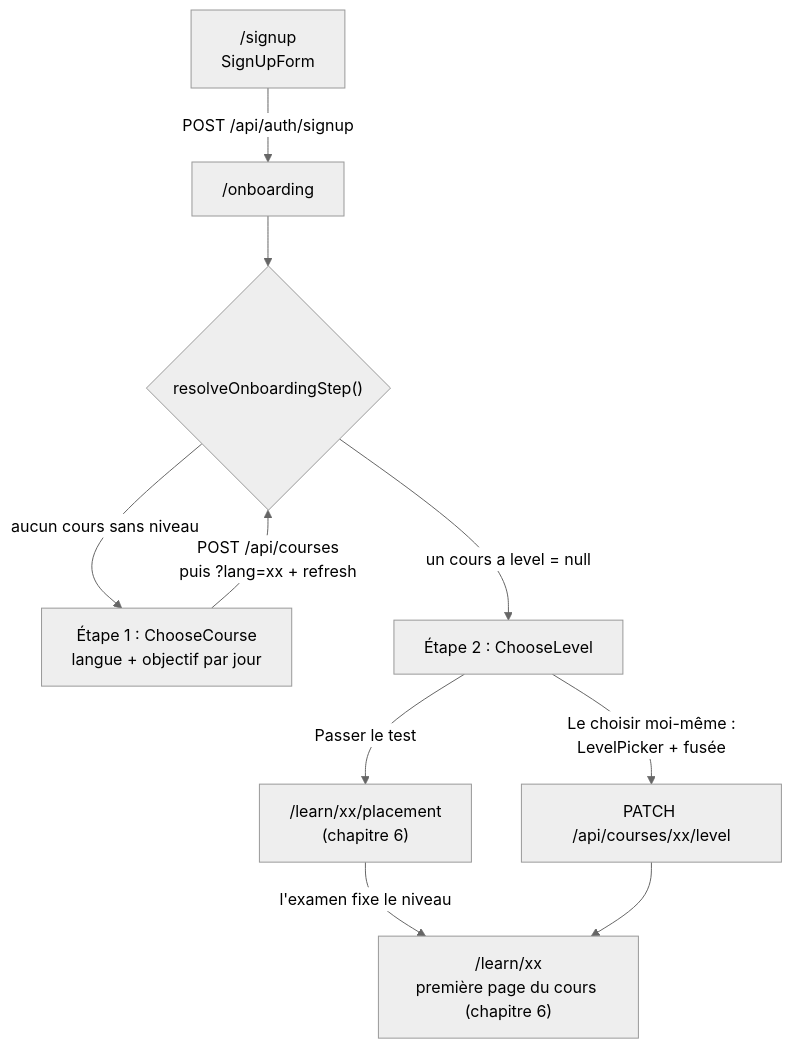
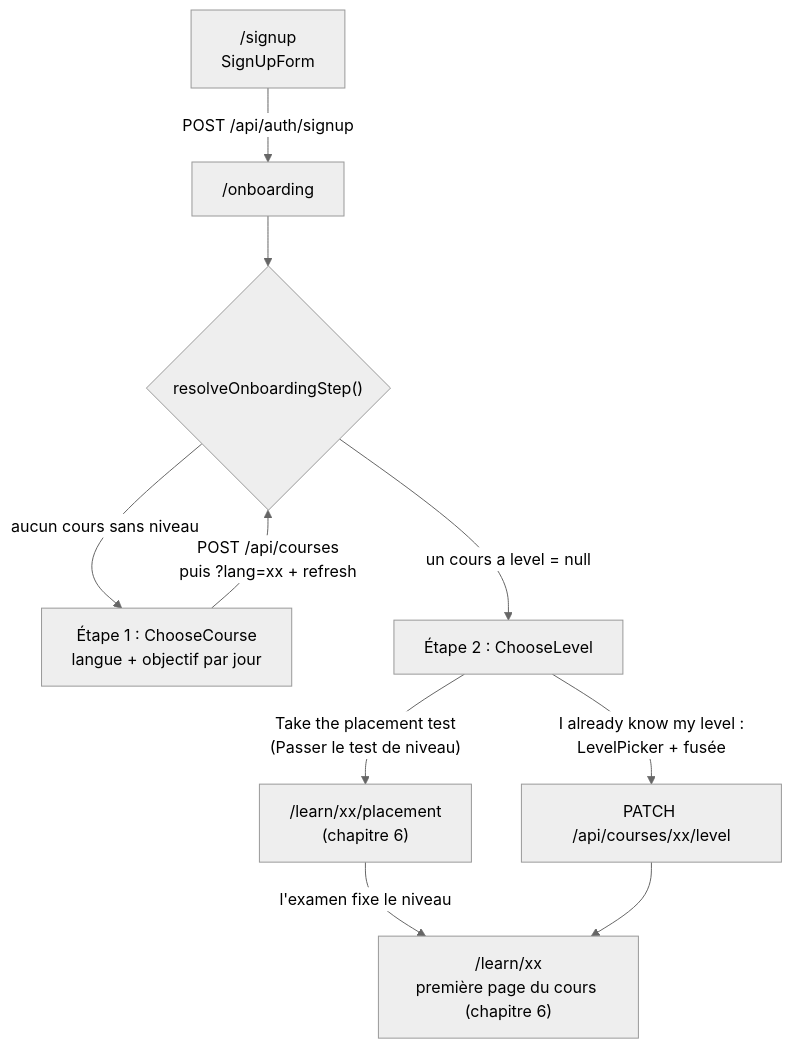
The third of 5 diagrams in docs-fr/web/05-account-pages.md (VictorBro/ft_transcendence), drawn with Mermaid (neutral theme) before and after one commit. The commit also changed other lines of this file and 31 other files, not shown here.

````diff
--- a/docs-fr/web/05-account-pages.md
+++ b/docs-fr/web/05-account-pages.md
@@ -405,12 +407,12 @@
 ```mermaid
 flowchart TD
   A["/signup<br/>SignUpForm"] -->|"POST /api/auth/signup"| B["/onboarding"]
   B --> R{"resolveOnboardingStep()"}
   R -->|"aucun cours sans niveau"| C["Étape 1 : ChooseCourse<br/>langue + objectif par jour"]
   C -->|"POST /api/courses<br/>puis ?lang=xx + refresh"| R
   R -->|"un cours a level = null"| D["Étape 2 : ChooseLevel"]
-  D -->|"Passer le test"| E["/learn/xx/placement<br/>(chapitre 6)"]
-  D -->|"Le choisir moi-même :<br/>LevelPicker + fusée"| F["PATCH /api/courses/xx/level"]
+  D -->|"Take the placement test<br/>(Passer le test de niveau)"| E["/learn/xx/placement<br/>(chapitre 6)"]
+  D -->|"I already know my level :<br/>LevelPicker + fusée"| F["PATCH /api/courses/xx/level"]
   E -->|"l'examen fixe le niveau"| G
   F --> G["/learn/xx<br/>première page du cours (chapitre 6)"]
 ```
````
